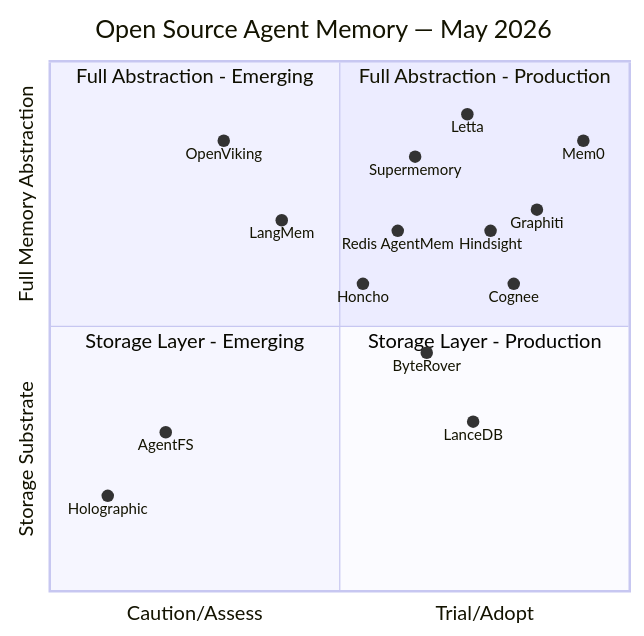
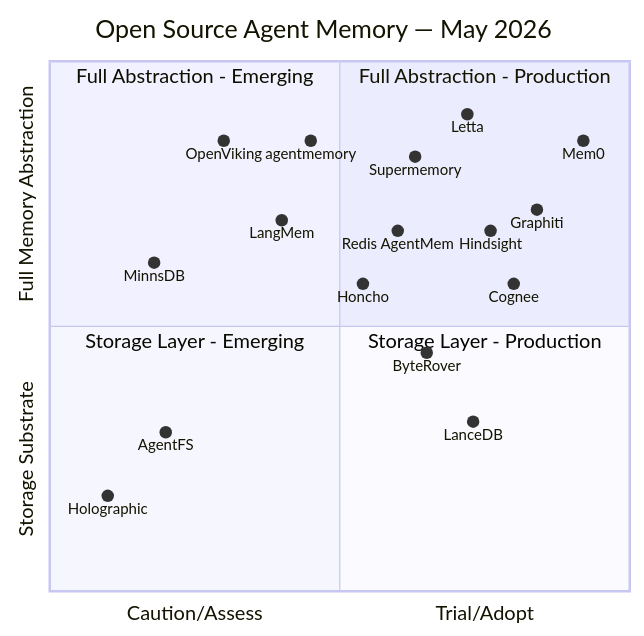
The first of 2 diagrams in docs/AgentMemory/solutions.md (ankurkumarz/agentic-ai-knowledge-base), drawn with Mermaid before and after one commit. The commit also changed other lines of this file and 6 other files, not shown here.

````diff
--- a/docs/AgentMemory/solutions.md
+++ b/docs/AgentMemory/solutions.md
@@ -31,24 +31,26 @@
 ```mermaid
 quadrantChart
     title Open Source Agent Memory — May 2026
     x-axis Caution/Assess --> Trial/Adopt
     y-axis Storage Substrate --> Full Memory Abstraction
     quadrant-1 Full Abstraction - Production
     quadrant-2 Full Abstraction - Emerging
     quadrant-3 Storage Layer - Emerging
     quadrant-4 Storage Layer - Production
     Mem0: [0.92, 0.85]
     Graphiti: [0.84, 0.72]
     Letta: [0.72, 0.90]
     Supermemory: [0.63, 0.82]
     Cognee: [0.80, 0.58]
     Hindsight: [0.76, 0.68]
     Redis AgentMem: [0.60, 0.68]
     Honcho: [0.54, 0.58]
     ByteRover: [0.65, 0.45]
     LanceDB: [0.73, 0.32]
     LangMem: [0.40, 0.70]
     OpenViking: [0.30, 0.85]
+    agentmemory: [0.45, 0.85]
     AgentFS: [0.20, 0.30]
+    MinnsDB: [0.18, 0.62]
     Holographic: [0.10, 0.18]
 ```
````
